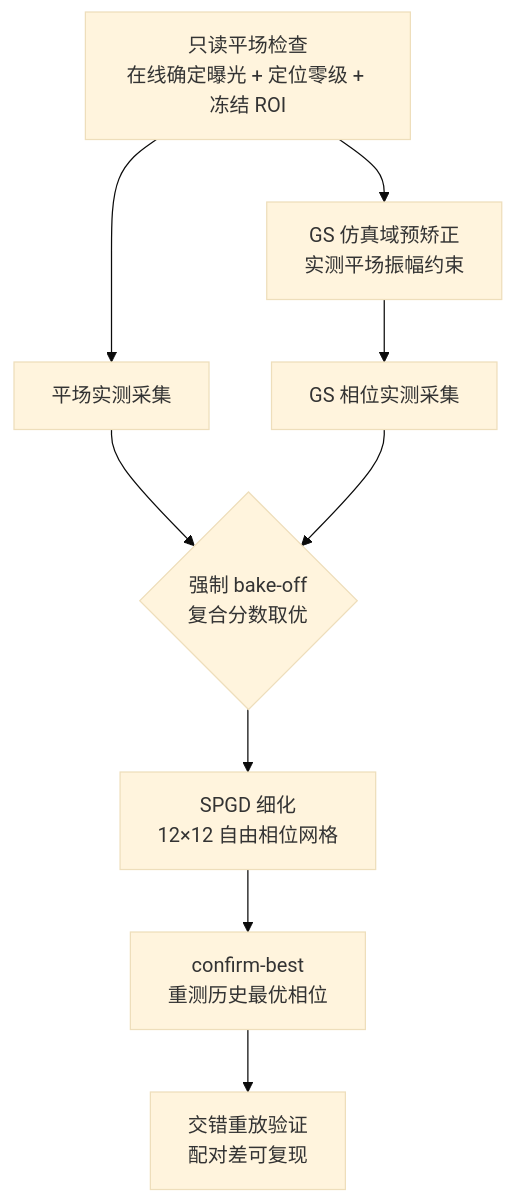
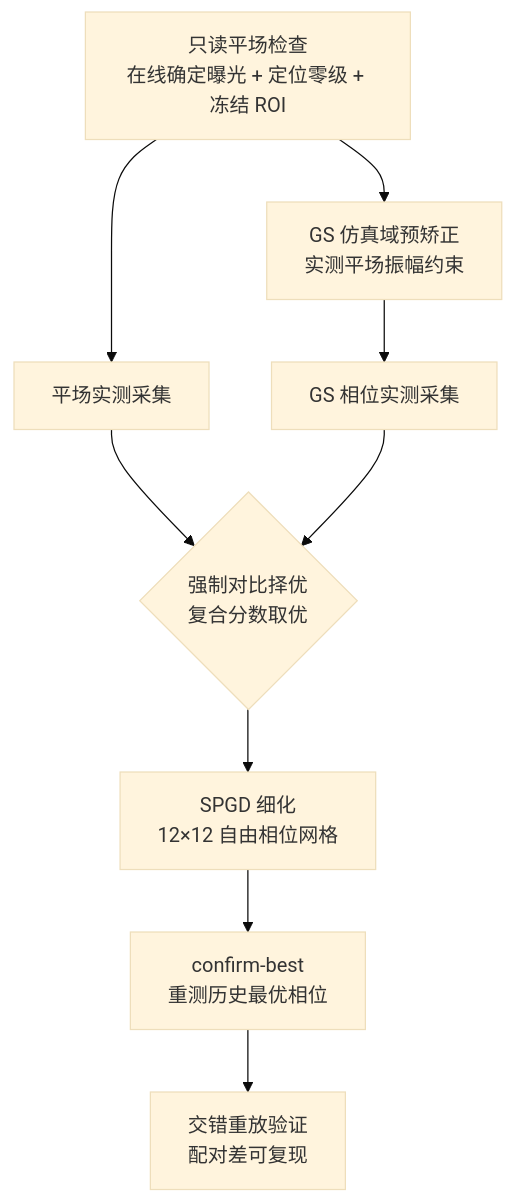
One commit to ywzhang909/AO-shaping changed the first of 2 diagrams in docs/paper_gs_refine_experiment.md. Above: the diagram before and after it, drawn with Mermaid (base theme). The commit also changed other lines of this file and 29 other files, not shown here.

First line of the commit message:
docs,code: replace bake-off with 对比择优 in all Chinese contexts (T-54)

````diff
--- a/docs/paper_gs_refine_experiment.md
+++ b/docs/paper_gs_refine_experiment.md
@@ -63,11 +63,11 @@
 ```mermaid
 graph TD
     A["只读平场检查<br/>在线确定曝光 + 定位零级 + 冻结 ROI"] --> B["GS 仿真域预矫正<br/>实测平场振幅约束"]
     A --> C["平场实测采集"]
     B --> D["GS 相位实测采集"]
-    C --> E{"强制 bake-off<br/>复合分数取优"}
+    C --> E{"强制对比择优<br/>复合分数取优"}
     D --> E
     E --> F["SPGD 细化<br/>12×12 自由相位网格"]
     F --> G["confirm-best<br/>重测历史最优相位"]
     G --> H["交错重放验证<br/>配对差可复现"]
 ```
````
